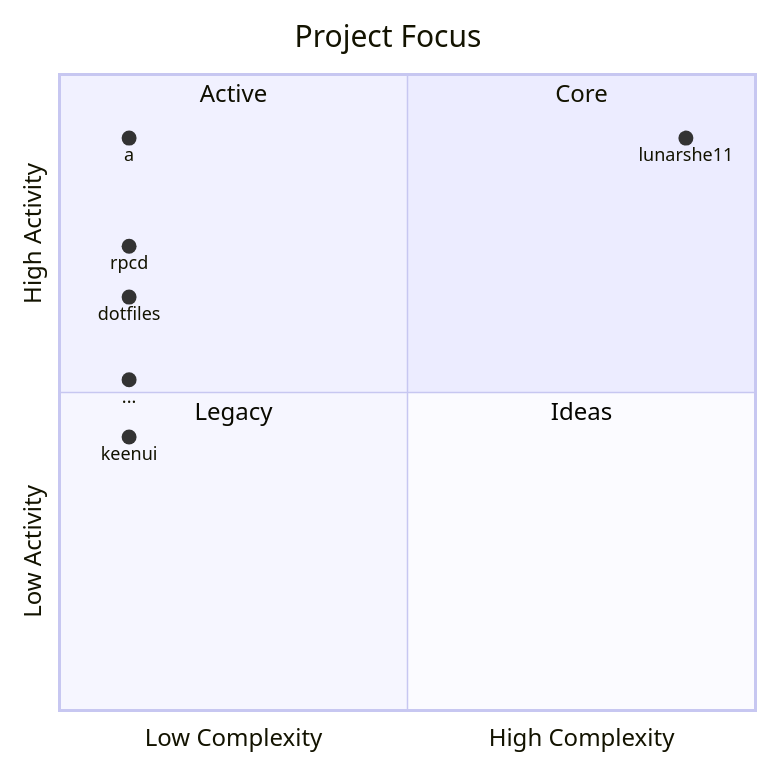
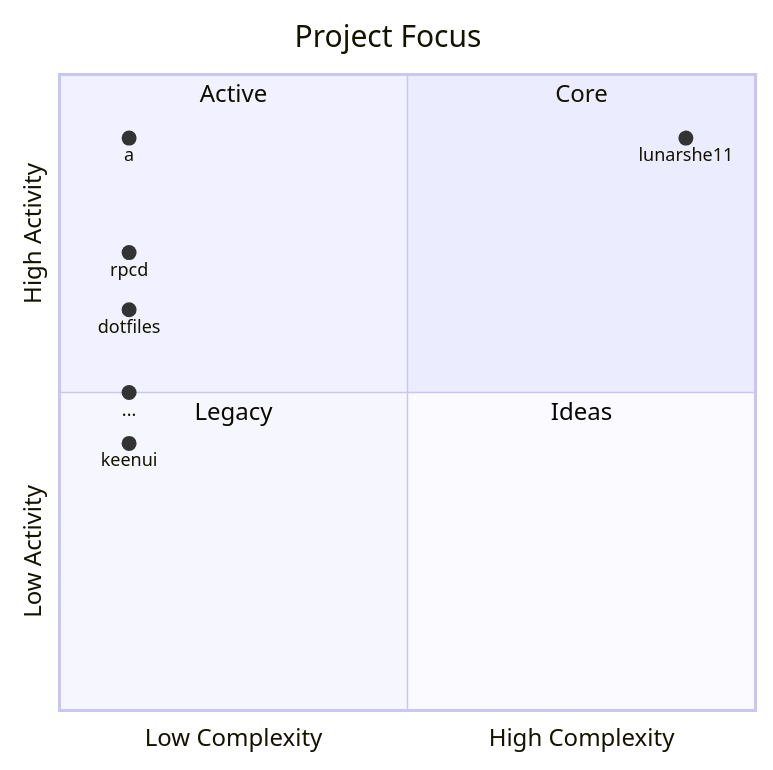
The first of 3 diagrams in README.md (lunarshe11/lunarshe11), drawn with Mermaid before and after one commit. The commit also changed other lines of this file, not shown here.

````diff
--- a/README.md
+++ b/README.md
@@ -13,16 +13,16 @@
 ```mermaid
 quadrantChart
     title Project Focus
     x-axis Low Complexity --> High Complexity
     y-axis Low Activity --> High Activity
     quadrant-1 Core
     quadrant-2 Active
     quadrant-3 Legacy
     quadrant-4 Ideas
     lunarshe11: [0.9, 0.9]
     a: [0.1, 0.9]
-    rpcd: [0.1, 0.73]
-    dotfiles: [0.1, 0.65]
-    ...: [0.1, 0.52]
-    keenui: [0.1, 0.43]
+    rpcd: [0.1, 0.72]
+    dotfiles: [0.1, 0.63]
+    ...: [0.1, 0.5]
+    keenui: [0.1, 0.42]
 ```
````
